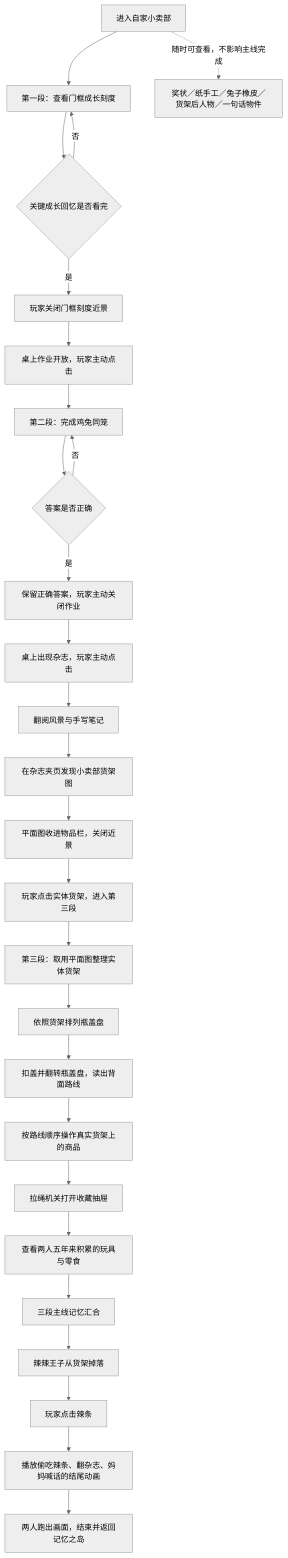
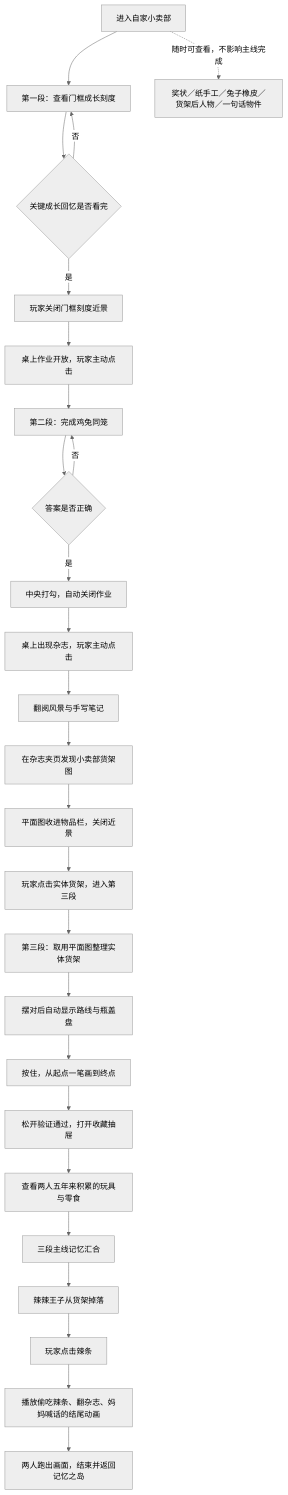
The diagram in CHAPTER_TWO_MEMORY_ROOM_DESIGN.md (SelenaLYU/Seek-game-demo), drawn with Mermaid (neutral theme) before and after one commit. The commit also changed other lines of this file and 12 other files, not shown here.

````diff
--- a/CHAPTER_TWO_MEMORY_ROOM_DESIGN.md
+++ b/CHAPTER_TWO_MEMORY_ROOM_DESIGN.md
@@ -31,29 +34,28 @@
 ```mermaid
 flowchart TD
     A[进入自家小卖部] --> B[第一段：查看门框成长刻度]
     B --> C{关键成长回忆是否看完}
     C -->|否| B
     C -->|是| BC[玩家关闭门框刻度近景]
     BC --> D[桌上作业开放，玩家主动点击]
     D --> E[第二段：完成鸡兔同笼]
     E --> F{答案是否正确}
     F -->|否| E
-    F -->|是| FG[保留正确答案，玩家主动关闭作业]
+    F -->|是| FG[中央打勾，自动关闭作业]
     FG --> G[桌上出现杂志，玩家主动点击]
     G --> H[翻阅风景与手写笔记]
     H --> I[在杂志夹页发现小卖部货架图]
     I --> IJ[平面图收进物品栏，关闭近景]
     IJ --> JJ[玩家点击实体货架，进入第三段]
     JJ --> J[第三段：取用平面图整理实体货架]
-    J --> K[依照货架排列瓶盖盘]
-    K --> L[扣盖并翻转瓶盖盘，读出背面路线]
-    L --> M[按路线顺序操作真实货架上的商品]
-    M --> N[拉绳机关打开收藏抽屉]
+    J --> K[摆对后自动显示路线与瓶盖盘]
+    K --> L[按住，从起点一笔画到终点]
+    L --> N[松开验证通过，打开收藏抽屉]
     N --> O[查看两人五年来积累的玩具与零食]
     O --> P[三段主线记忆汇合]
     P --> Q[辣辣王子从货架掉落]
     Q --> R[玩家点击辣条]
     R --> S[播放偷吃辣条、翻杂志、妈妈喊话的结尾动画]
     S --> T[两人跑出画面，结束并返回记忆之岛]
     A -. 随时可查看，不影响主线完成 .-> X[奖状／纸手工／兔子橡皮／货架后人物／一句话物件]
 ```
````
